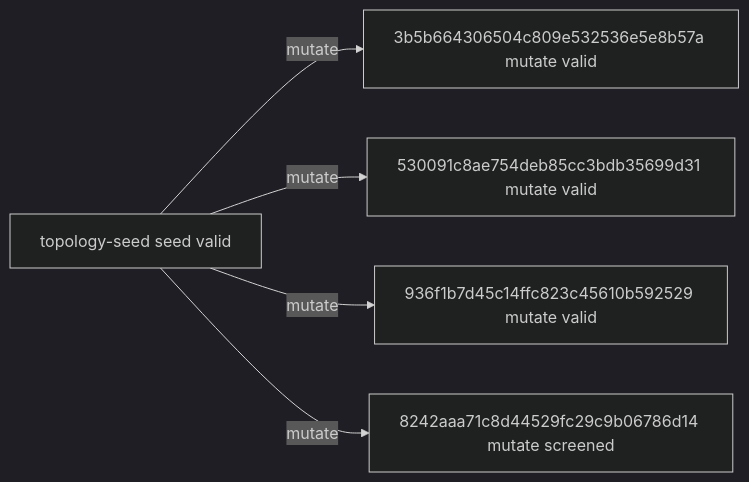
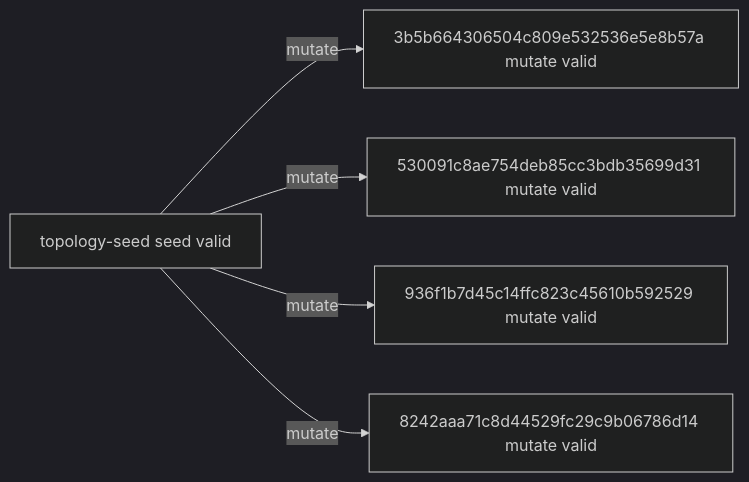
The diagram in experiments/campaigns/layout-numerical-lane1/README.md (timbtz/feyer-search-lab), drawn with Mermaid (dark theme) before and after one commit. The commit also changed other lines of this file and 7 other files, not shown here.

````diff
--- a/experiments/campaigns/layout-numerical-lane1/README.md
+++ b/experiments/campaigns/layout-numerical-lane1/README.md
@@ -21,12 +21,12 @@
 ```mermaid
 graph LR
   n0["topology-seed seed valid"]
   n1["3b5b664306504c809e532536e5e8b57a mutate valid"]
   n2["530091c8ae754deb85cc3bdb35699d31 mutate valid"]
   n3["936f1b7d45c14ffc823c45610b592529 mutate valid"]
-  n4["8242aaa71c8d44529fc29c9b06786d14 mutate screened"]
+  n4["8242aaa71c8d44529fc29c9b06786d14 mutate valid"]
   n0 -->|mutate| n1
   n0 -->|mutate| n2
   n0 -->|mutate| n3
   n0 -->|mutate| n4
 ```
````
